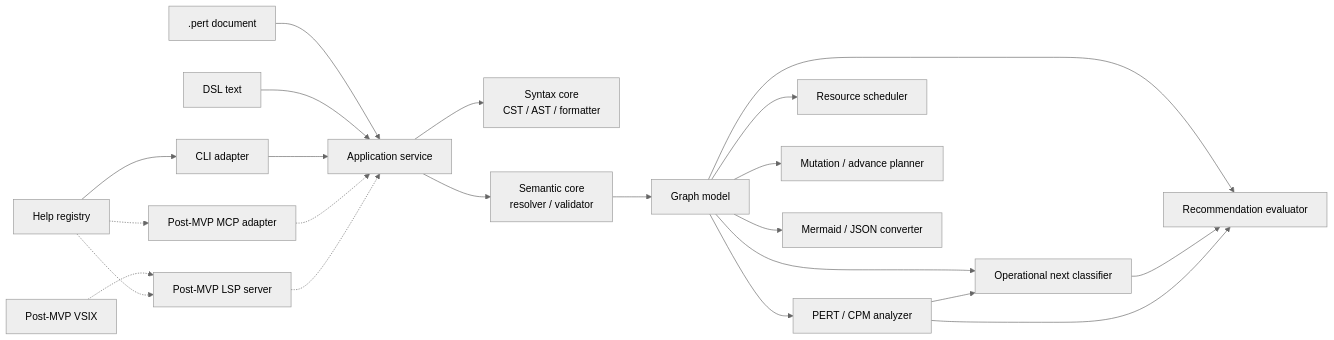
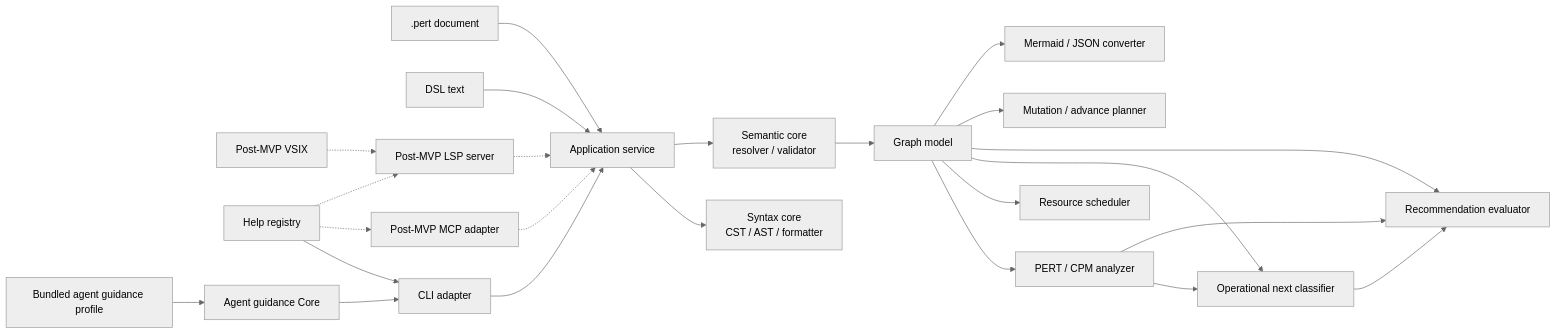
Before and after one commit to mako10k/perttool: the diagram in docs/basic-design.md, drawn with Mermaid (neutral theme). The commit also changed other lines of this file and 19 other files, not shown here.

Commit message:
Implement read-only agent guidance registry

````diff
--- a/docs/basic-design.md
+++ b/docs/basic-design.md
@@ -68,27 +68,30 @@
 ```mermaid
 flowchart LR
   FILE[.pert document] --> APP[Application service]
   TEXT[DSL text] --> APP
 
   APP --> SYNTAX[Syntax core<br/>CST / AST / formatter]
   APP --> SEMANTIC[Semantic core<br/>resolver / validator]
   SEMANTIC --> GRAPH[Graph model]
   GRAPH --> ANALYZER[PERT / CPM analyzer]
   GRAPH --> SCHEDULER[Resource scheduler]
   GRAPH --> NEXT[Operational next classifier]
   ANALYZER --> NEXT
   GRAPH --> RECOMMEND[Recommendation evaluator]
   NEXT --> RECOMMEND
   ANALYZER --> RECOMMEND
   GRAPH --> TRANSFORM[Mutation / advance planner]
   GRAPH --> CONVERTER[Mermaid / JSON converter]
 
   CLI[CLI adapter] --> APP
   MCP[Post-MVP MCP adapter] -.-> APP
   LSP[Post-MVP LSP server] -.-> APP
   VSIX[Post-MVP VSIX] -.-> LSP
 
   HELP[Help registry] --> CLI
   HELP -.-> MCP
   HELP -.-> LSP
+
+  PROFILE[Bundled agent guidance profile] --> GUIDANCE[Agent guidance Core]
+  GUIDANCE --> CLI
 ```
````
